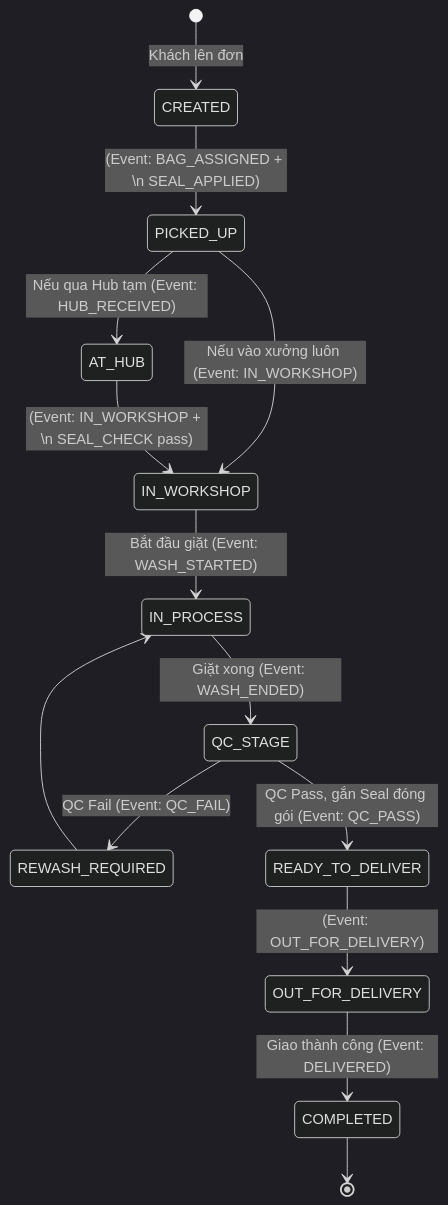
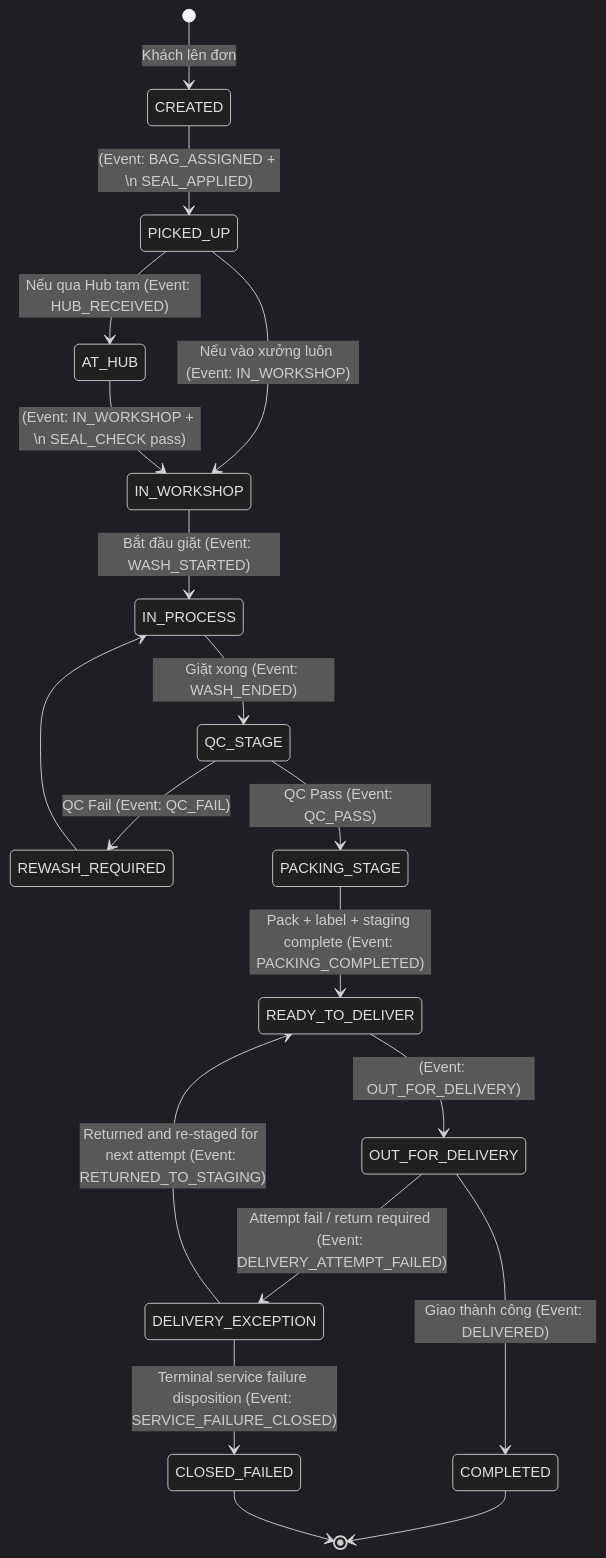
The second of 2 diagrams in docs/06_Product_Tech/database_schema.md (hutune/nowwash), drawn with Mermaid (dark theme) before and after one commit. The commit also changed other lines of this file and 32 other files, not shown here.

Commit message:
docs: add detailed service flow SOPs and update operations docs

````diff
--- a/docs/06_Product_Tech/database_schema.md
+++ b/docs/06_Product_Tech/database_schema.md
@@ -73,22 +73,27 @@
 ```mermaid
 stateDiagram-v2
     [*] --> CREATED: Khách lên đơn
     
     CREATED --> PICKED_UP: (Event: BAG_ASSIGNED + \n SEAL_APPLIED)
     PICKED_UP --> AT_HUB: Nếu qua Hub tạm (Event: HUB_RECEIVED)
     PICKED_UP --> IN_WORKSHOP: Nếu vào xưởng luôn (Event: IN_WORKSHOP)
     AT_HUB --> IN_WORKSHOP: (Event: IN_WORKSHOP + \n SEAL_CHECK pass)
     
     IN_WORKSHOP --> IN_PROCESS: Bắt đầu giặt (Event: WASH_STARTED)
     IN_PROCESS --> QC_STAGE: Giặt xong (Event: WASH_ENDED)
     
     QC_STAGE --> REWASH_REQUIRED: QC Fail (Event: QC_FAIL)
     REWASH_REQUIRED --> IN_PROCESS
     
-    QC_STAGE --> READY_TO_DELIVER: QC Pass, gắn Seal đóng gói (Event: QC_PASS)
+    QC_STAGE --> PACKING_STAGE: QC Pass (Event: QC_PASS)
+    PACKING_STAGE --> READY_TO_DELIVER: Pack + label + staging complete (Event: PACKING_COMPLETED)
     
     READY_TO_DELIVER --> OUT_FOR_DELIVERY: (Event: OUT_FOR_DELIVERY)
+    OUT_FOR_DELIVERY --> DELIVERY_EXCEPTION: Attempt fail / return required (Event: DELIVERY_ATTEMPT_FAILED)
+    DELIVERY_EXCEPTION --> READY_TO_DELIVER: Returned and re-staged for next attempt (Event: RETURNED_TO_STAGING)
     OUT_FOR_DELIVERY --> COMPLETED: Giao thành công (Event: DELIVERED)
+    DELIVERY_EXCEPTION --> CLOSED_FAILED: Terminal service failure disposition (Event: SERVICE_FAILURE_CLOSED)
     
     COMPLETED --> [*]
+    CLOSED_FAILED --> [*]
 ```
````
